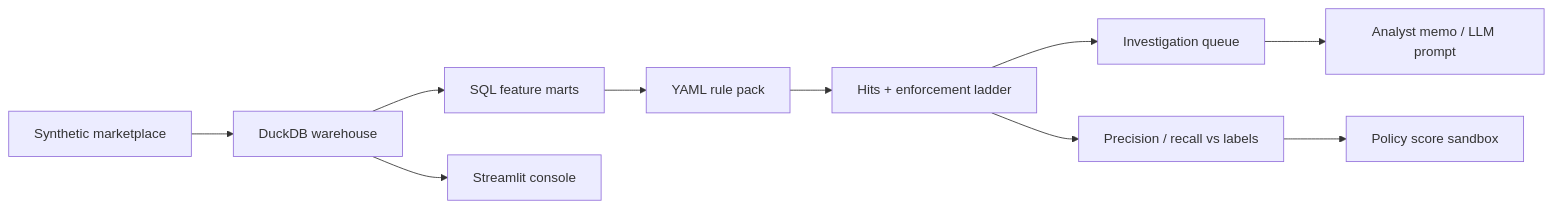
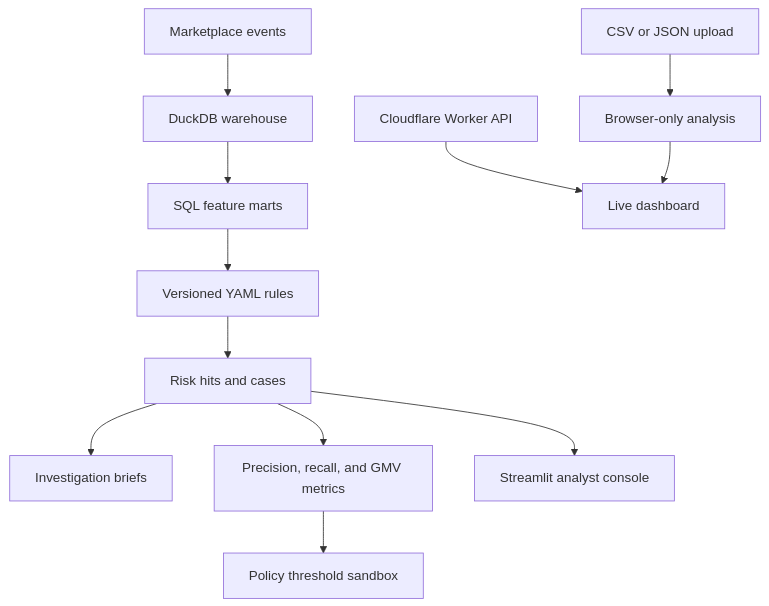
One commit to MadanMohan0537/TikTok-Shop-Risk-Intelligence changed the diagram in README.md. Above: the diagram before and after it, drawn with Mermaid. The commit also changed other lines of this file, not shown here.

Commit message:
Build complete portfolio README with live deployment

````diff
--- a/README.md
+++ b/README.md
@@ -33,12 +87,14 @@
 ```mermaid
-flowchart LR
-    A[Synthetic marketplace] --> B[DuckDB warehouse]
+flowchart TD
+    A[Marketplace events] --> B[DuckDB warehouse]
     B --> C[SQL feature marts]
-    C --> D[YAML rule pack]
-    D --> E[Hits + enforcement ladder]
-    E --> F[Investigation queue]
-    E --> G[Precision / recall vs labels]
-    G --> H[Policy score sandbox]
-    F --> I[Analyst memo / LLM prompt]
-    B --> J[Streamlit console]
+    C --> D[Versioned YAML rules]
+    D --> E[Risk hits and cases]
+    E --> F[Investigation briefs]
+    E --> G[Precision, recall, and GMV metrics]
+    G --> H[Policy threshold sandbox]
+    E --> I[Streamlit analyst console]
+    J[CSV or JSON upload] --> K[Browser-only analysis]
+    L[Cloudflare Worker API] --> M[Live dashboard]
+    K --> M
 ```
````
